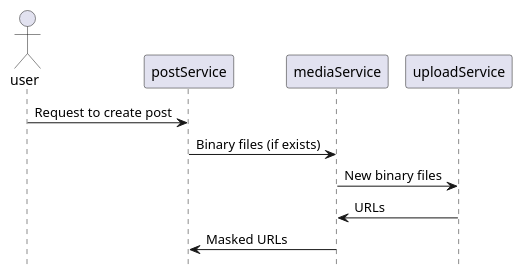
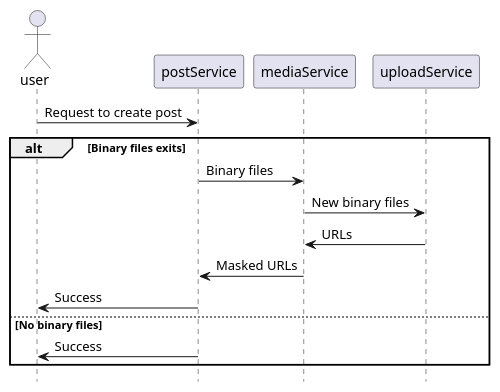
One commit to saifaldin/diagrams changed the diagram in post.createPost.sequenceDiagram.plantuml. Above: the diagram before and after it, drawn with PlantUML. The commit also changed 4 other files, not shown here.

Commit message:
finish initial diagrams - start openAPI definitions

```diff
--- a/post.createPost.sequenceDiagram.plantuml
+++ b/post.createPost.sequenceDiagram.plantuml
@@ -1,16 +1,20 @@
 @startuml
 hide footbox
 
 actor user
 
 participant postService
 participant mediaService
 participant uploadService
 
 user -> postService : Request to create post
-postService -> mediaService: Binary files (if exists)
+alt Binary files exits
+postService -> mediaService: Binary files
 mediaService -> uploadService: New binary files
 uploadService -> mediaService: URLs
 mediaService -> postService: Masked URLs
-
+postService -> user: Success
+else No binary files
+postService -> user: Success
+end
 @enduml
```
